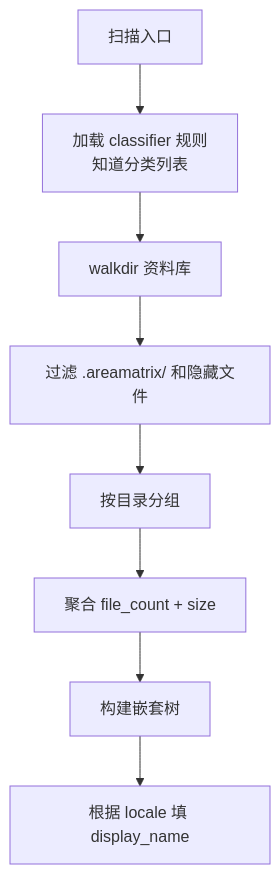
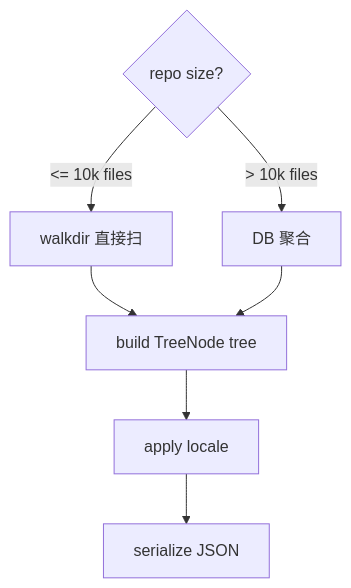
The first of 2 diagrams in docs/modules/tree-scan.md (AreaSong/AreaMatrix), drawn with Mermaid before and after one commit. The commit also changed other lines of this file and 18 other files, not shown here.

````diff
--- a/docs/modules/tree-scan.md
+++ b/docs/modules/tree-scan.md
@@ -39,19 +42,11 @@
 ```mermaid
 flowchart TB
-    Start[扫描入口]
-    LoadRules[加载 classifier 规则<br/>知道分类列表]
-    Walk[walkdir 资料库]
-    Filter[过滤 .areamatrix/ 和隐藏文件]
-    Group[按目录分组]
-    Aggregate[聚合 file_count + size]
-    BuildTree[构建嵌套树]
-    Localize[根据 locale 填 display_name]
-
-    Start --> LoadRules
-    LoadRules --> Walk
-    Walk --> Filter
-    Filter --> Group
-    Group --> Aggregate
-    Aggregate --> BuildTree
-    BuildTree --> Localize
+    Mode{repo size?}
+    Mode -->|"<= 10k files"| Walk[walkdir 直接扫]
+    Mode -->|"> 10k files"| DB[DB 聚合]
+    Walk --> Build
+    DB --> Build
+    Build[build TreeNode tree]
+    Build --> Locale[apply locale]
+    Locale --> Out[serialize JSON]
 ```
````
